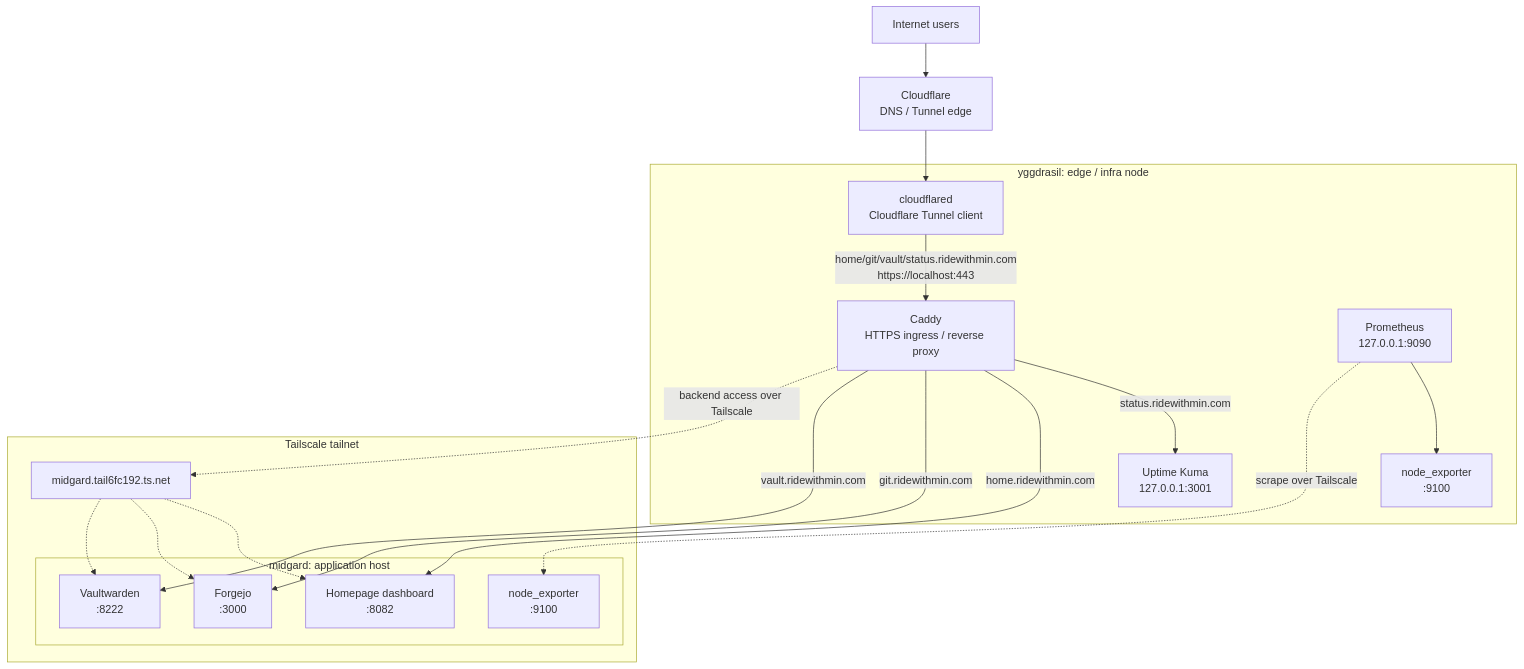
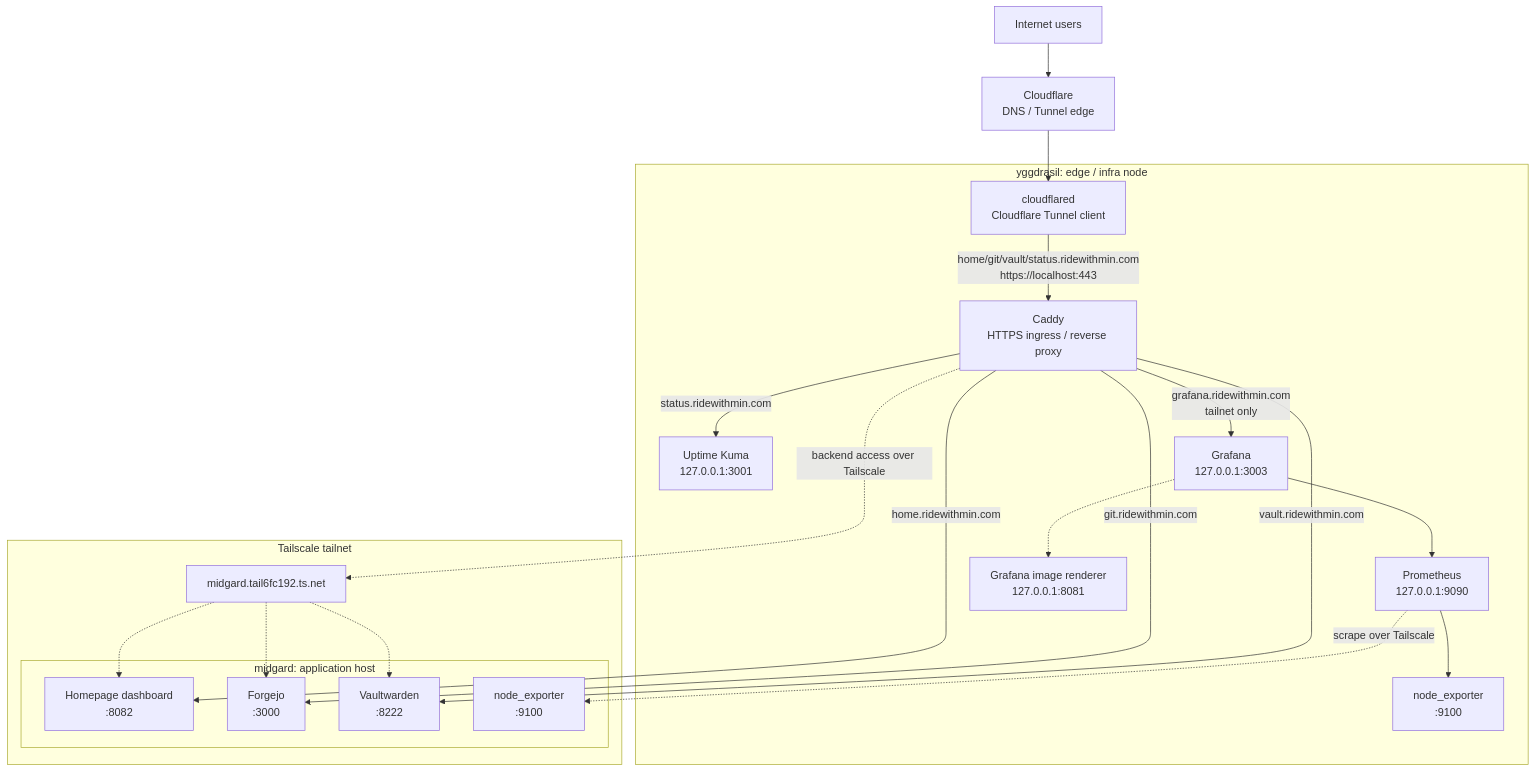
The first of 2 diagrams in README-ko.md (smg1024/homelab), drawn with Mermaid before and after one commit. The commit also changed other lines of this file and 1 other file, not shown here.

Commit message:
docs: document Grafana homelab setup

````diff
--- a/README-ko.md
+++ b/README-ko.md
@@ -13,41 +13,46 @@
 ```mermaid
 flowchart TD
     internet["Internet users"]
     cloudflare["Cloudflare<br/>DNS / Tunnel edge"]
 
     subgraph yggdrasil["yggdrasil: edge / infra node"]
         cloudflared["cloudflared<br/>Cloudflare Tunnel client"]
         caddy["Caddy<br/>HTTPS ingress / reverse proxy"]
         kuma["Uptime Kuma<br/>127.0.0.1:3001"]
         prometheus["Prometheus<br/>127.0.0.1:9090"]
+        grafana["Grafana<br/>127.0.0.1:3003"]
+        renderer["Grafana image renderer<br/>127.0.0.1:8081"]
         yNodeExporter["node_exporter<br/>:9100"]
     end
 
     subgraph tailnet["Tailscale tailnet"]
         midgardDns["midgard.tail6fc192.ts.net"]
 
         subgraph midgard["midgard: application host"]
             homepage["Homepage dashboard<br/>:8082"]
             forgejo["Forgejo<br/>:3000"]
             vaultwarden["Vaultwarden<br/>:8222"]
             mNodeExporter["node_exporter<br/>:9100"]
         end
     end
 
     internet --> cloudflare
     cloudflare --> cloudflared
     cloudflared -->|"home/git/vault/status.ridewithmin.com<br/>https://localhost:443"| caddy
 
     caddy -->|"status.ridewithmin.com"| kuma
     caddy -->|"home.ridewithmin.com"| homepage
     caddy -->|"git.ridewithmin.com"| forgejo
     caddy -->|"vault.ridewithmin.com"| vaultwarden
+    caddy -->|"grafana.ridewithmin.com<br/>tailnet only"| grafana
 
     caddy -.->|backend access over Tailscale| midgardDns
     midgardDns -.-> homepage
     midgardDns -.-> forgejo
     midgardDns -.-> vaultwarden
 
     prometheus --> yNodeExporter
     prometheus -.->|scrape over Tailscale| mNodeExporter
+    grafana --> prometheus
+    grafana -.-> renderer
 ```
````
